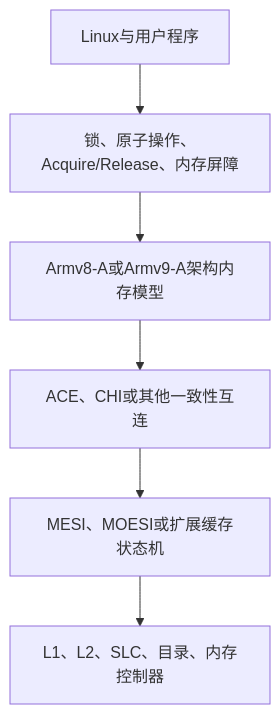
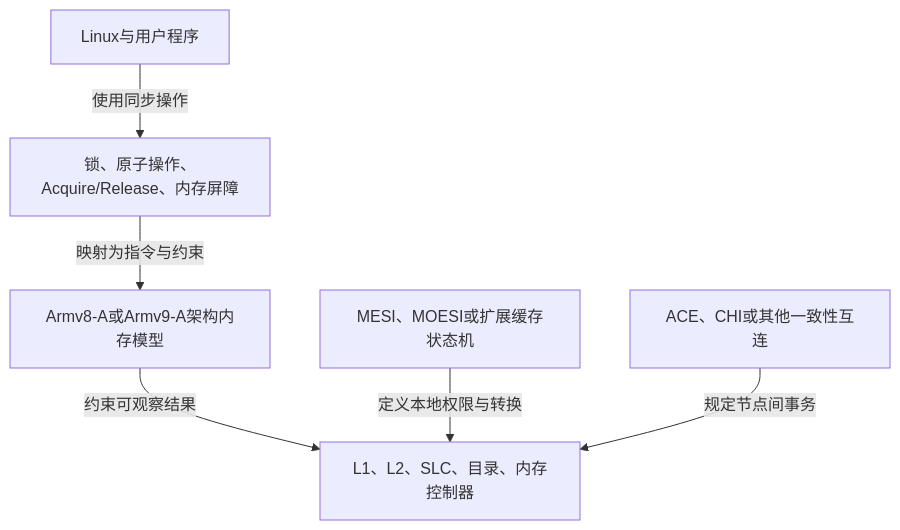
The first of 3 diagrams in knowledge/foundations/computer_architecture/cache_coherence/P04_ARM_ACE_CHI_与一致性域.md (FormingSystem/linux_note), drawn with Mermaid before and after one commit. The commit also changed other lines of this file and 10 other files, not shown here.

First line of the commit message:
content(architecture/cache): 重建缓存一致性事务与硬件职责的因果讲解

````diff
--- a/knowledge/foundations/computer_architecture/cache_coherence/P04_ARM_ACE_CHI_与一致性域.md
+++ b/knowledge/foundations/computer_architecture/cache_coherence/P04_ARM_ACE_CHI_与一致性域.md
@@ -31,15 +37,15 @@
 ```mermaid
 flowchart TB
     SW["Linux与用户程序"]
     API["锁、原子操作、Acquire/Release、内存屏障"]
     ARCH["Armv8-A或Armv9-A架构内存模型"]
     INTERCONNECT["ACE、CHI或其他一致性互连"]
     STATE["MESI、MOESI或扩展缓存状态机"]
     HW["L1、L2、SLC、目录、内存控制器"]
 
-    SW --> API
-    API --> ARCH
-    ARCH --> INTERCONNECT
-    INTERCONNECT --> STATE
-    STATE --> HW
+    SW -->|使用同步操作| API
+    API -->|映射为指令与约束| ARCH
+    ARCH -->|约束可观察结果| HW
+    STATE -->|定义本地权限与转换| HW
+    INTERCONNECT -->|规定节点间事务| HW
 ```
````
